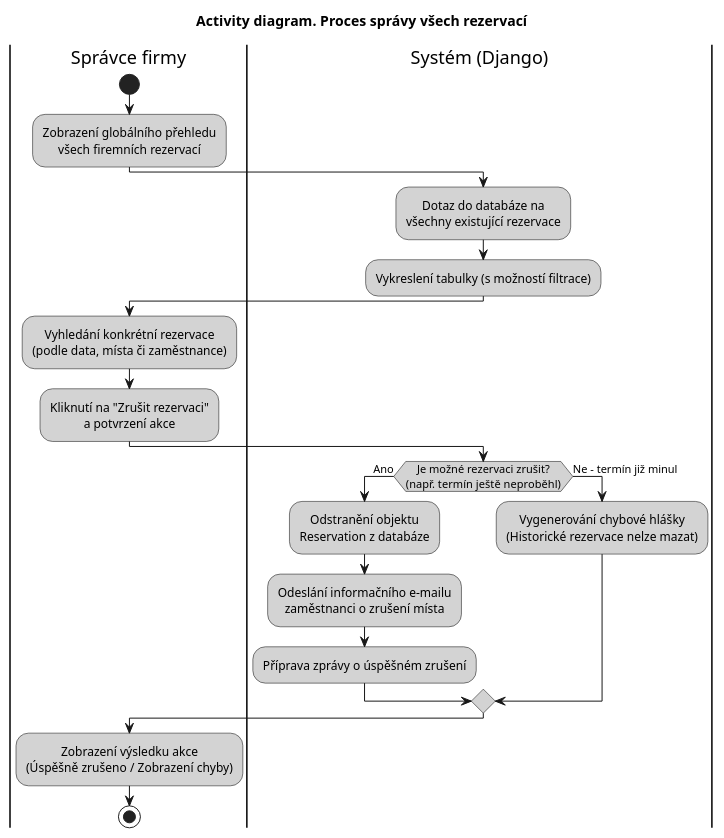
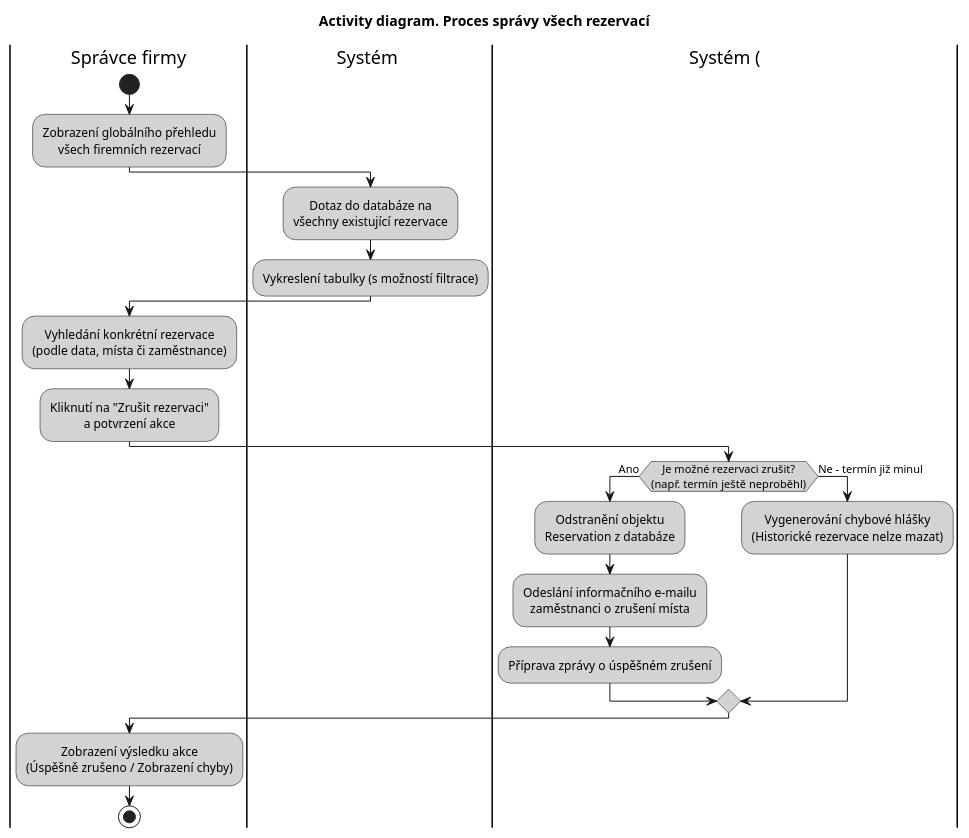
Before and after one commit to AidenCze/SWI-Project: the diagram in docs/diagramy/activity-manage-reservations.puml, drawn with PlantUML. The commit also changed 5 other files, not shown here.

Commit message:
Refactor activity diagrams to remove references to Django and improve clarity

```diff
--- a/docs/diagramy/activity-manage-reservations.puml
+++ b/docs/diagramy/activity-manage-reservations.puml
@@ -1,38 +1,38 @@
 @startuml
 title Activity diagram. Proces správy všech rezervací
 
 skinparam ActivityBackgroundColor LightGray
 skinparam ActivityBorderColor Black
 skinparam defaultTextAlignment center
 
 ' Definice plaveckých drah
 |Správce firmy|
-|Systém (Django)|
+|Systém |
 
 |Správce firmy|
 start
 :Zobrazení globálního přehledu\nvšech firemních rezervací;
 
-|Systém (Django)|
+|Systém |
 :Dotaz do databáze na\nvšechny existující rezervace;
 :Vykreslení tabulky (s možností filtrace);
 
 |Správce firmy|
 :Vyhledání konkrétní rezervace\n(podle data, místa či zaměstnance);
 :Kliknutí na "Zrušit rezervaci"\na potvrzení akce;
 
-|Systém (Django)|
+|Systém (|
 ' Rozhodovací uzel pro kontrolu
 if (Je možné rezervaci zrušit?\n(např. termín ještě neproběhl)) then (Ano)
     :Odstranění objektu\nReservation z databáze;
     :Odeslání informačního e-mailu\nzaměstnanci o zrušení místa;
     :Příprava zprávy o úspěšném zrušení;
 else (Ne - termín již minul)
     :Vygenerování chybové hlášky\n(Historické rezervace nelze mazat);
 endif
 
 ' Společné sjednocení na straně klienta
 |Správce firmy|
 :Zobrazení výsledku akce\n(Úspěšně zrušeno / Zobrazení chyby);
 stop
 @enduml
```
